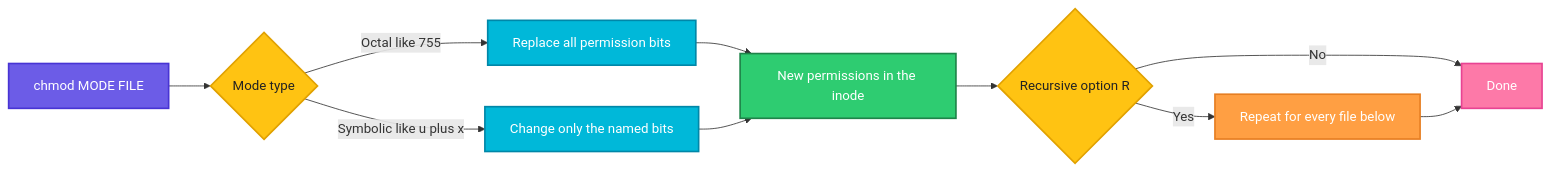
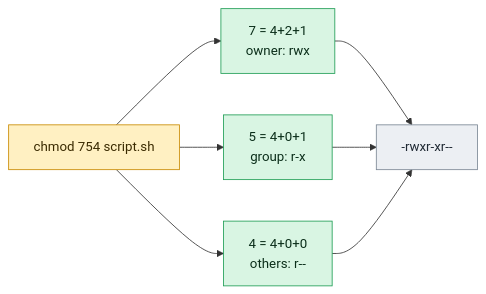
The diagram in linux/permissions/chmod.md (codeKerdosTech/DevOps-Documentation), drawn with Mermaid before and after one commit. The commit also changed other lines of this file and 165 other files, not shown here.

Commit message:
updated diagrams in linux

````diff
--- a/linux/permissions/chmod.md
+++ b/linux/permissions/chmod.md
@@ -67,25 +67,17 @@
 ```mermaid
 flowchart LR
-    A[chmod MODE FILE] --> B{Mode type}
-    B -->|Octal like 755| C[Replace all permission bits]
-    B -->|Symbolic like u plus x| D[Change only the named bits]
-    C --> E[New permissions in the inode]
-    D --> E
-    E --> F{Recursive option R}
-    F -->|Yes| G[Repeat for every file below]
-    F -->|No| H[Done]
-    G --> H
-    classDef start fill:#6C5CE7,stroke:#4834D4,stroke-width:2px,color:#fff
-    classDef proc fill:#00B8D9,stroke:#0087A8,stroke-width:2px,color:#fff
-    classDef dec fill:#FFC312,stroke:#E1A100,stroke-width:2px,color:#222
-    classDef ok fill:#2ECC71,stroke:#1E8449,stroke-width:2px,color:#fff
-    classDef err fill:#FF4757,stroke:#C0392B,stroke-width:2px,color:#fff
-    classDef out fill:#FD79A8,stroke:#E84393,stroke-width:2px,color:#fff
-    classDef alt fill:#FF9F43,stroke:#E67E22,stroke-width:2px,color:#fff
-    class A start
-    class B,F dec
-    class C,D proc
-    class E ok
-    class G alt
-    class H out
+    c1[chmod 754 script.sh] --> o1[7 = 4+2+1<br/>owner: rwx]
+    c1 --> o2[5 = 4+0+1<br/>group: r-x]
+    c1 --> o3[4 = 4+0+0<br/>others: r--]
+    o1 --> n1[-rwxr-xr--]
+    o2 --> n1
+    o3 --> n1
+    classDef inp fill:#DCEBFF,stroke:#2F6FDE,color:#10213F
+    classDef cmd fill:#FFF0C2,stroke:#C98A00,color:#3A2A00
+    classDef out fill:#D9F5E3,stroke:#1F9D55,color:#0B2E1A
+    classDef bad fill:#FDE0E0,stroke:#D13B3B,color:#4A0F0F
+    classDef note fill:#ECEFF3,stroke:#7B8794,color:#1F2933
+    class c1 cmd
+    class o1,o2,o3 out
+    class n1 note
 ```
````
